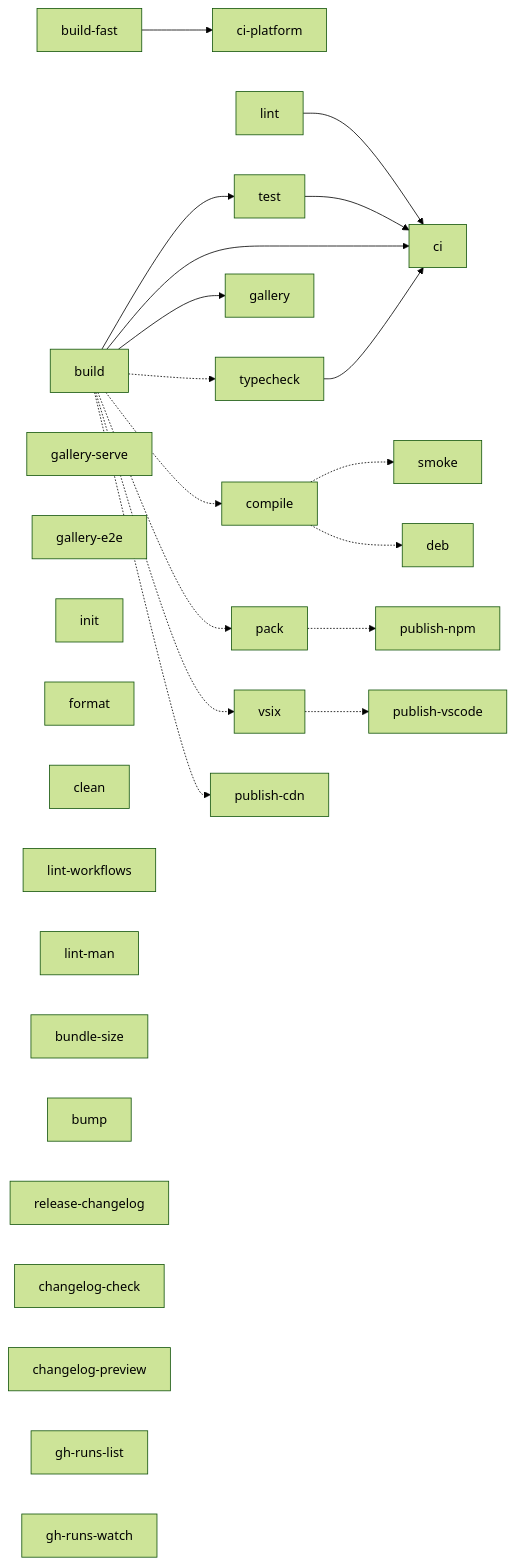
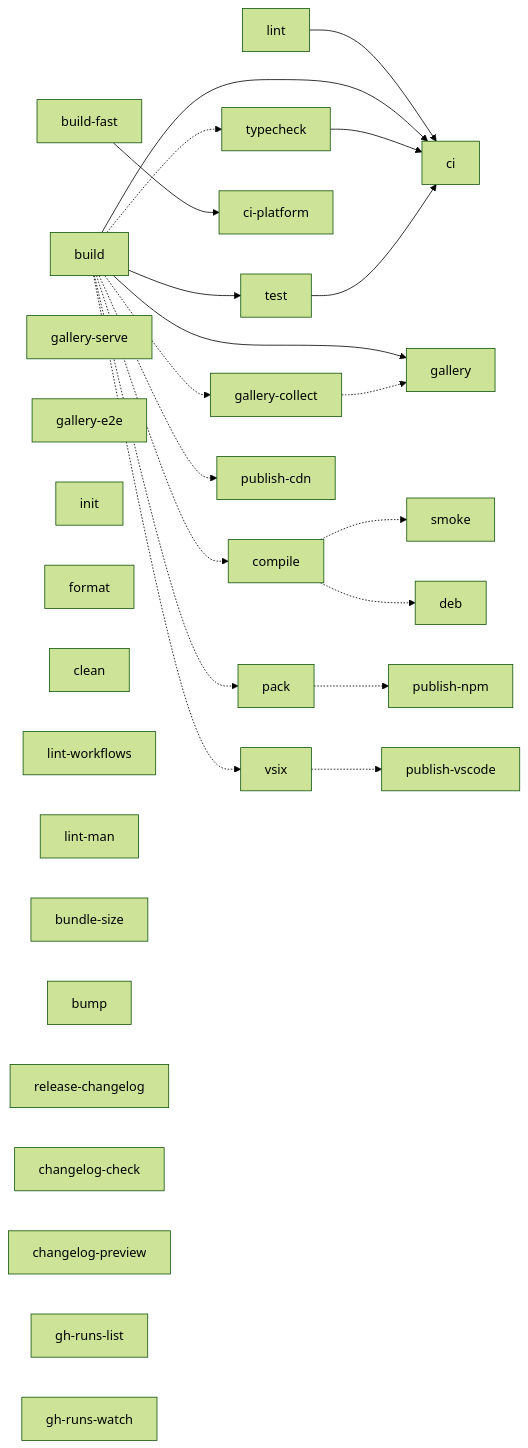
The diagram in Makefile.md (lolay/nowline), drawn with Mermaid (forest theme) before and after one commit. The commit also changed other lines of this file and 6 other files, not shown here.

First line of the commit message:
Add build lines, baselines and retention to the review gallery

````diff
--- a/Makefile.md
+++ b/Makefile.md
@@ -12,41 +12,43 @@
 ```mermaid
 graph LR
     %% solid = hard prerequisite (make runs the left target first)
     build --> test
     lint --> ci
     build --> ci
     typecheck --> ci
     test --> ci
     build_fast["build-fast"] --> ci_platform["ci-platform"]
     build --> gallery
 
     %% dotted = consumes the left target's output but is not a hard make
     %% prerequisite: typecheck is ordered after build inside ci instead, and
     %% the release artifacts come from a separate CI job (see "Why publish-*
     %% don't hard-depend on build" below)
     build -.-> typecheck
     build -.-> compile
     compile -.-> smoke
     compile -.-> deb
     build -.-> pack
     build -.-> vsix
     pack -.-> publish_npm["publish-npm"]
     vsix -.-> publish_vscode["publish-vscode"]
     build -.-> publish_cdn["publish-cdn"]
+    build -.-> gallery_collect["gallery-collect"]
+    gallery_collect -.-> gallery
 
     %% standalone
     gallery_serve["gallery-serve"]
     gallery_e2e["gallery-e2e"]
     init
     format
     clean
     lint_workflows["lint-workflows"]
     lint_man["lint-man"]
     bundle_size["bundle-size"]
     bump
     release_changelog["release-changelog"]
     changelog_check["changelog-check"]
     changelog_preview["changelog-preview"]
     gh_runs_list["gh-runs-list"]
     gh_runs_watch["gh-runs-watch"]
 ```
````
